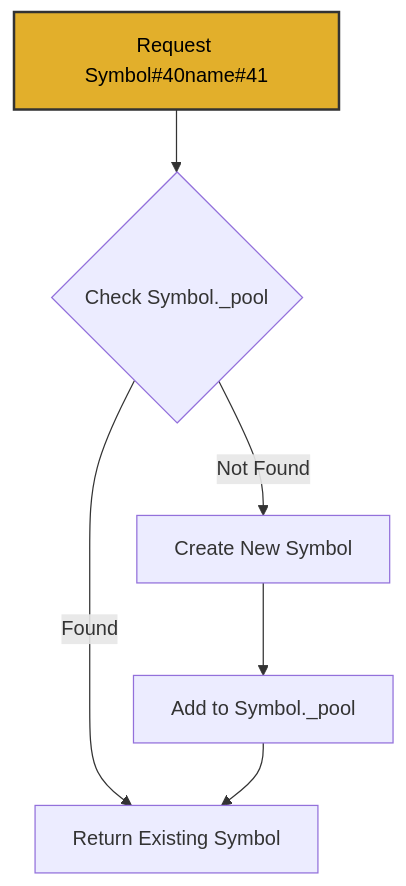
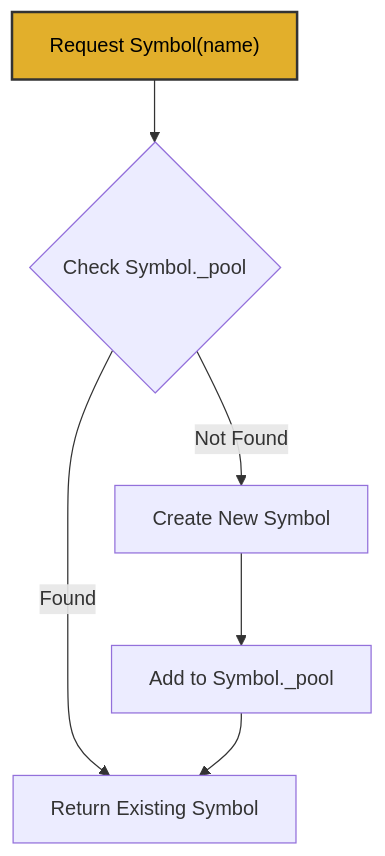
Before and after one commit to ikko/sym: the first of 4 diagrams in docs/readme_details/9_performance/index.md, drawn with Mermaid. The commit also changed 1 other file, not shown here.

Commit message:
before correction replaces

````diff
--- a/docs/readme_details/9_performance/index.md
+++ b/docs/readme_details/9_performance/index.md
@@ -36,12 +36,12 @@
 ```mermaid
 graph TD
-    A[Request Symbol#40name#41] --> B{Check Symbol._pool};
+    A[Request Symbol#40;name#41;] --> B{Check Symbol._pool};
     B -- "Found" --> C[Return Existing Symbol];
     B -- "Not Found" --> D[Create New Symbol];
     D --> E[Add to Symbol._pool];
     E --> C;
 
     style A fill:lighten#40#e2af2b, 30%#41,stroke:#333,stroke-width:2px,color:#000000;
 
     style A fill:#e2af2b,stroke:#333,stroke-width:2px,color:#000000;
 ```
````
